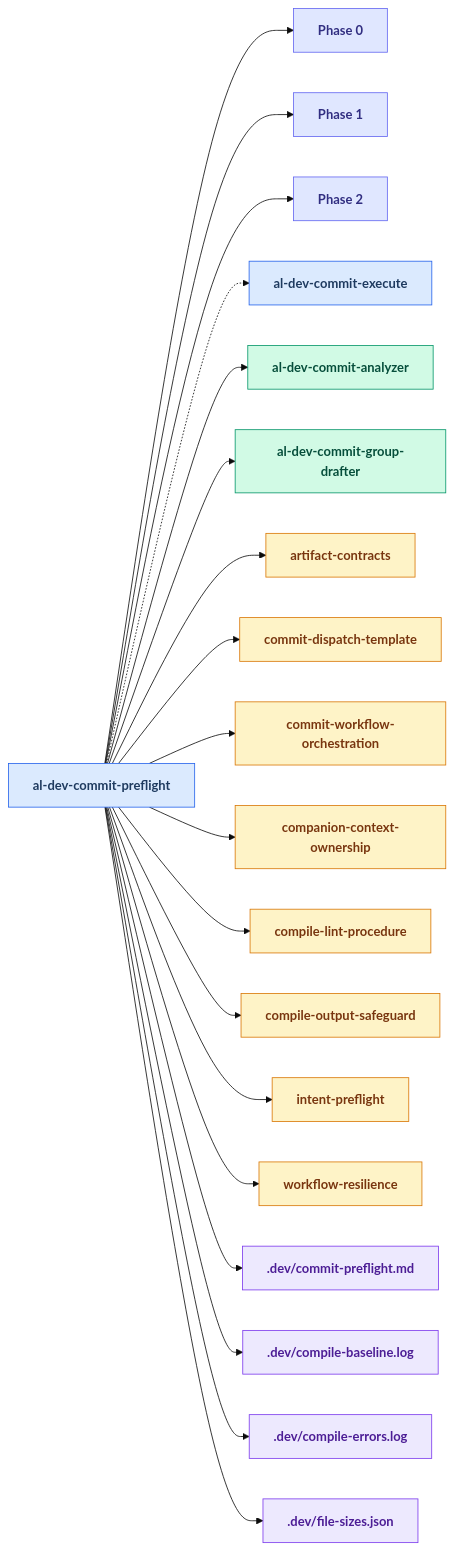
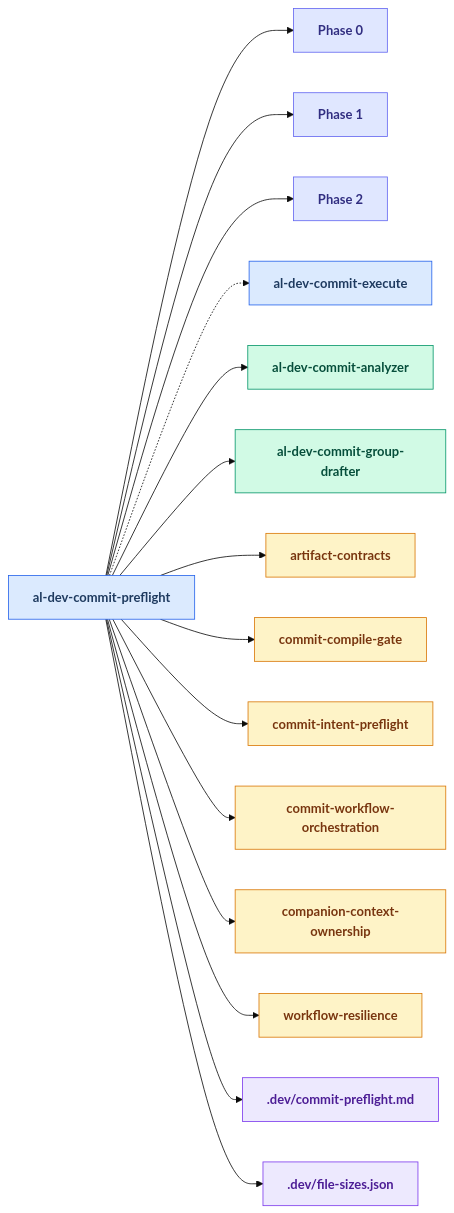
Before and after one commit to russell-laing/al-dev-shared: diagram 15 of 24 in docs/al-dev-skills-map.md, drawn with Mermaid (base theme). The commit also changed other lines of this file and 5 other files, not shown here.

````diff
--- a/docs/al-dev-skills-map.md
+++ b/docs/al-dev-skills-map.md
@@ -777,67 +768,55 @@
 ```mermaid
 flowchart LR
     classDef skillNode fill:#dbeafe,stroke:#2563eb,color:#1e3a5f,font-weight:bold
     classDef agentNode fill:#d1fae5,stroke:#059669,color:#064e3b,font-weight:bold
     classDef knowledgeNode fill:#fef3c7,stroke:#d97706,color:#78350f,font-weight:bold
     classDef artifactNode fill:#ede9fe,stroke:#7c3aed,color:#4c1d95,font-weight:bold
     classDef phaseNode fill:#e0e7ff,stroke:#6366f1,color:#312e81,font-weight:bold
 
     skill_al_dev_commit_preflight[al-dev-commit-preflight]
     Phase0["Phase 0"]
     Phase1["Phase 1"]
     Phase2["Phase 2"]
     skill_al_dev_commit_execute[al-dev-commit-execute]
     agent_al_dev_commit_analyzer[al-dev-commit-analyzer]
     agent_al_dev_commit_group_drafter[al-dev-commit-group-drafter]
     knowledge_artifact_contracts_md[artifact-contracts]
-    knowledge_commit_dispatch_template_md[commit-dispatch-template]
+    knowledge_commit_compile_gate_md[commit-compile-gate]
+    knowledge_commit_intent_preflight_md[commit-intent-preflight]
     knowledge_commit_workflow_orchestration_md[commit-workflow-orchestration]
     knowledge_companion_context_ownership_md[companion-context-ownership]
-    knowledge_compile_lint_procedure_md[compile-lint-procedure]
-    knowledge_compile_output_safeguard_md[compile-output-safeguard]
-    knowledge_intent_preflight_md[intent-preflight]
     knowledge_workflow_resilience_md[workflow-resilience]
     artifact_commit_preflight_md[.dev/commit-preflight.md]
-    artifact_compile_baseline_log[.dev/compile-baseline.log]
-    artifact_compile_errors_log[.dev/compile-errors.log]
     artifact_file_sizes_json[.dev/file-sizes.json]
 
     skill_al_dev_commit_preflight --> Phase0
     skill_al_dev_commit_preflight --> Phase1
     skill_al_dev_commit_preflight --> Phase2
     skill_al_dev_commit_preflight -.-> skill_al_dev_commit_execute
     skill_al_dev_commit_preflight --> agent_al_dev_commit_analyzer
     skill_al_dev_commit_preflight --> agent_al_dev_commit_group_drafter
     skill_al_dev_commit_preflight --> knowledge_artifact_contracts_md
-    skill_al_dev_commit_preflight --> knowledge_commit_dispatch_template_md
+    skill_al_dev_commit_preflight --> knowledge_commit_compile_gate_md
+    skill_al_dev_commit_preflight --> knowledge_commit_intent_preflight_md
     skill_al_dev_commit_preflight --> knowledge_commit_workflow_orchestration_md
     skill_al_dev_commit_preflight --> knowledge_companion_context_ownership_md
-    skill_al_dev_commit_preflight --> knowledge_compile_lint_procedure_md
-    skill_al_dev_commit_preflight --> knowledge_compile_output_safeguard_md
-    skill_al_dev_commit_preflight --> knowledge_intent_preflight_md
     skill_al_dev_commit_preflight --> knowledge_workflow_resilience_md
     skill_al_dev_commit_preflight --> artifact_commit_preflight_md
-    skill_al_dev_commit_preflight --> artifact_compile_baseline_log
-    skill_al_dev_commit_preflight --> artifact_compile_errors_log
     skill_al_dev_commit_preflight --> artifact_file_sizes_json
 
     class skill_al_dev_commit_preflight skillNode
     class Phase0 phaseNode
     class Phase1 phaseNode
     class Phase2 phaseNode
     class skill_al_dev_commit_execute skillNode
     class agent_al_dev_commit_analyzer agentNode
     class agent_al_dev_commit_group_drafter agentNode
     class knowledge_artifact_contracts_md knowledgeNode
-    class knowledge_commit_dispatch_template_md knowledgeNode
+    class knowledge_commit_compile_gate_md knowledgeNode
+    class knowledge_commit_intent_preflight_md knowledgeNode
     class knowledge_commit_workflow_orchestration_md knowledgeNode
     class knowledge_companion_context_ownership_md knowledgeNode
-    class knowledge_compile_lint_procedure_md knowledgeNode
-    class knowledge_compile_output_safeguard_md knowledgeNode
-    class knowledge_intent_preflight_md knowledgeNode
     class knowledge_workflow_resilience_md knowledgeNode
     class artifact_commit_preflight_md artifactNode
-    class artifact_compile_baseline_log artifactNode
-    class artifact_compile_errors_log artifactNode
     class artifact_file_sizes_json artifactNode
 ```
````
